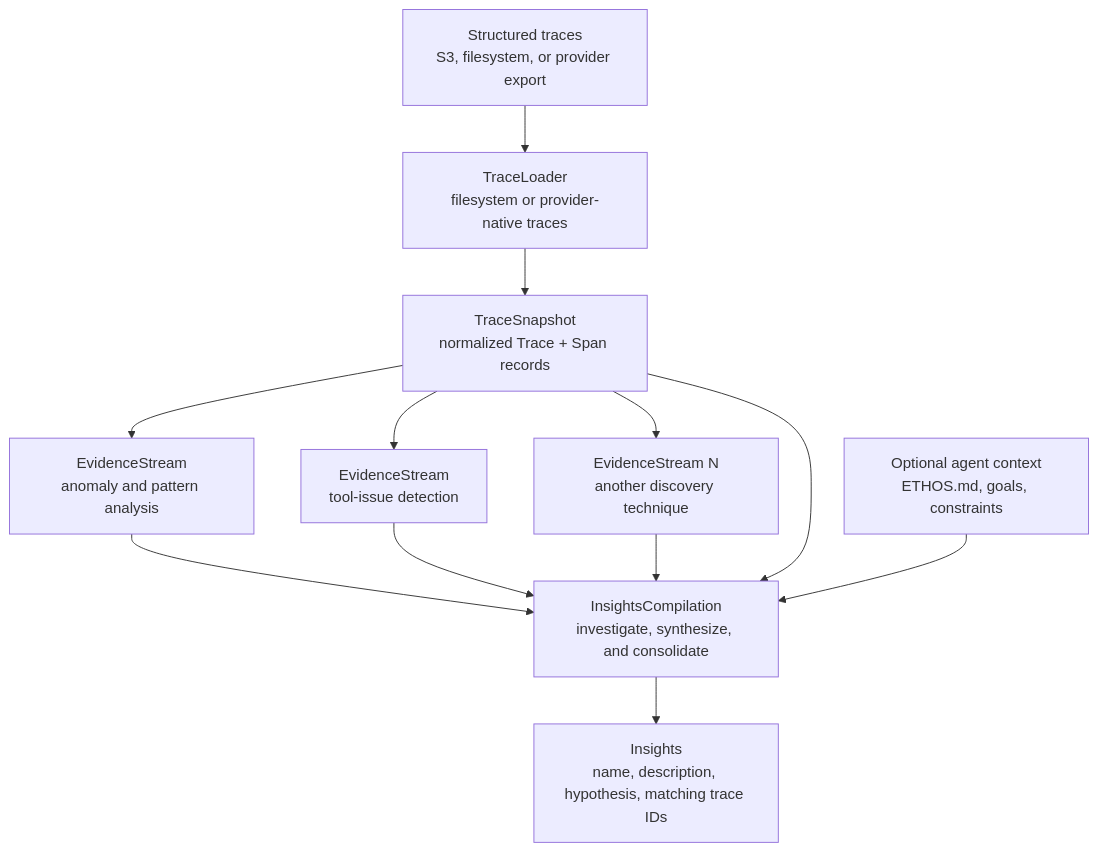
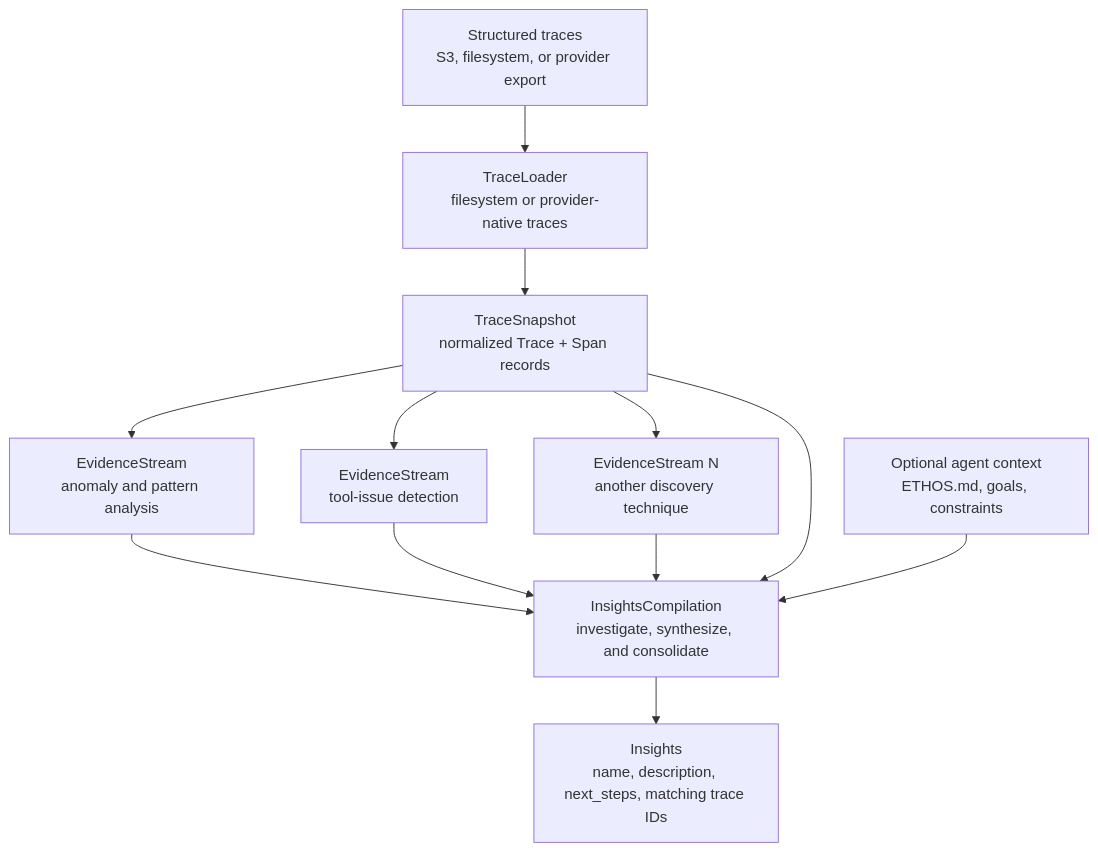
One commit to NVIDIA-NeMo/labs-trace-intel changed the diagram in docs/architecture.md. Above: the diagram before and after it, drawn with Mermaid. The commit also changed 2 other files, not shown here.

Commit message:
convert to next_steps

````diff
--- a/docs/architecture.md
+++ b/docs/architecture.md
@@ -26,22 +26,22 @@
 ```mermaid
 flowchart TB
     source["Structured traces<br/>S3, filesystem, or provider export"]
     loader["TraceLoader<br/>filesystem or provider-native traces"]
     snapshot["TraceSnapshot<br/>normalized Trace + Span records"]
 
     stream1["EvidenceStream<br/>anomaly and pattern analysis"]
     stream2["EvidenceStream<br/>tool-issue detection"]
     streamN["EvidenceStream N<br/>another discovery technique"]
 
     context["Optional agent context<br/>ETHOS.md, goals, constraints"]
     generation["InsightsCompilation<br/>investigate, synthesize, and consolidate"]
-    insights["Insights<br/>name, description, hypothesis, matching trace IDs"]
+    insights["Insights<br/>name, description, next_steps, matching trace IDs"]
 
     source --> loader --> snapshot
     snapshot --> stream1 --> generation
     snapshot --> stream2 --> generation
     snapshot --> streamN --> generation
     snapshot --> generation
     context --> generation
     generation --> insights
 ```
````
